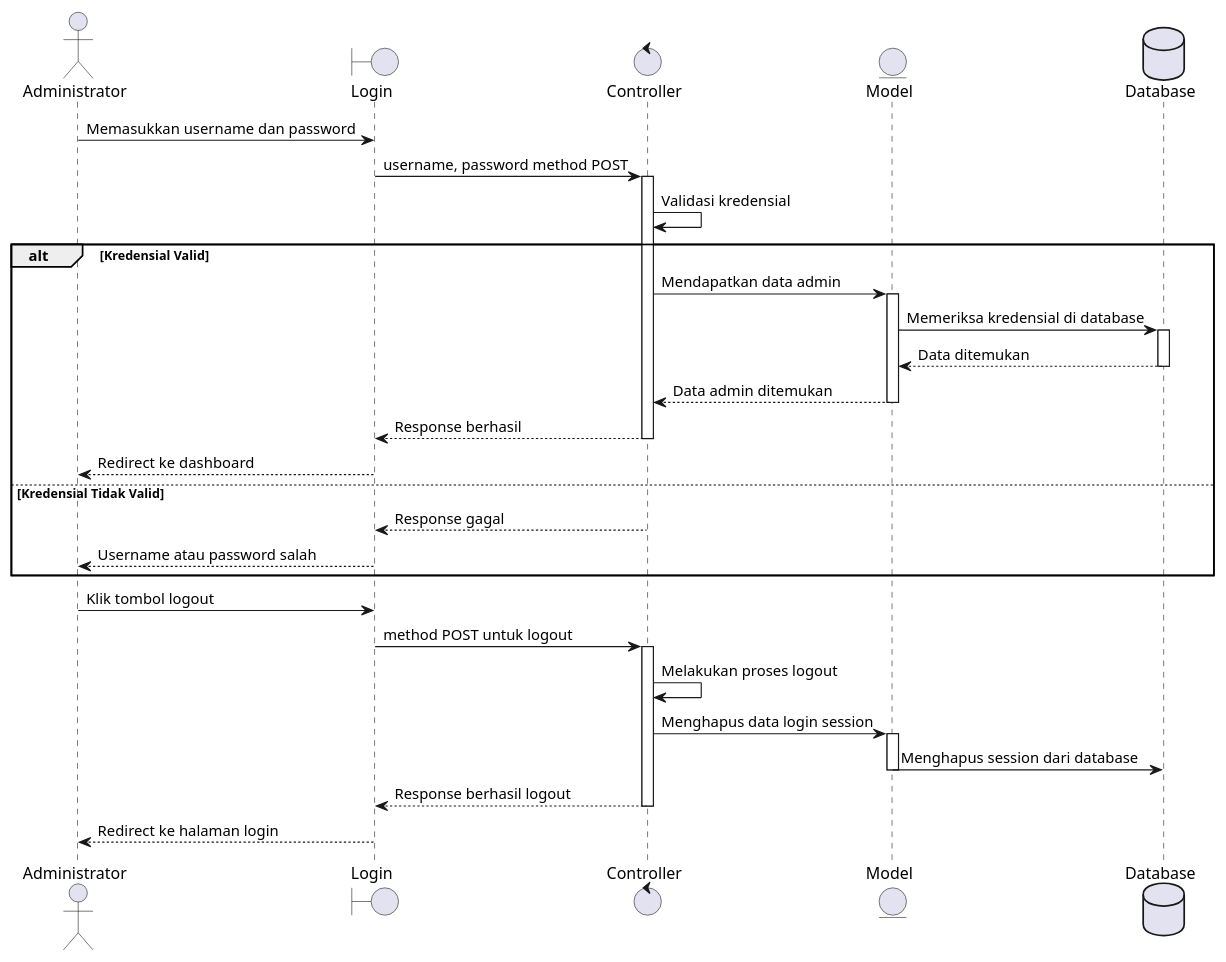
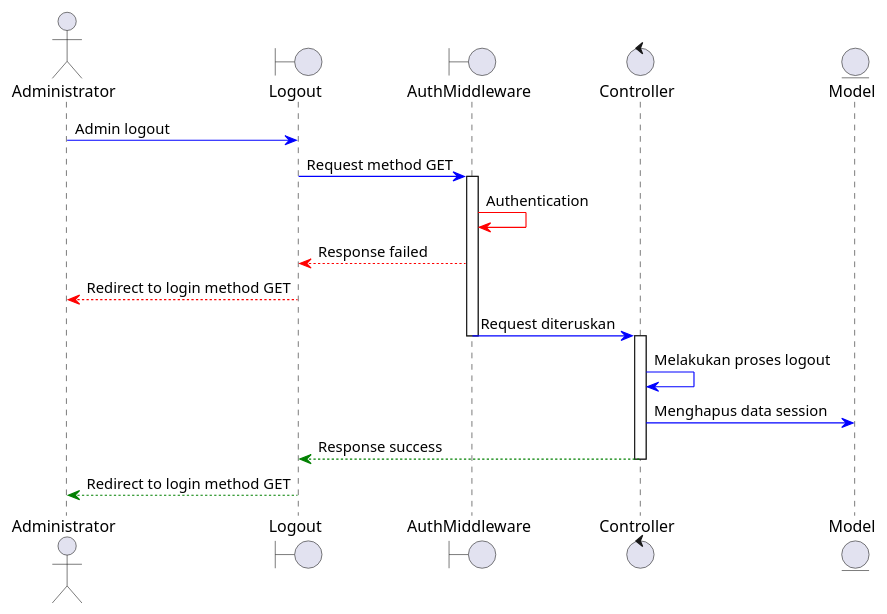
The diagram in Desain Aplikasi/Sequence Diagram/admin/logout.pu (MIRLANI/JDIH_App_11), drawn with PlantUML before and after one commit. The commit also changed 78 other files, not shown here.

```diff
--- a/Desain Aplikasi/Sequence Diagram/admin/logout.pu
+++ b/Desain Aplikasi/Sequence Diagram/admin/logout.pu
@@ -1,53 +1,25 @@
 @startuml
 
 actor Administrator as admin
-boundary "Login" as login
+boundary "Logout" as logout
+boundary "AuthMiddleware" as middleware
 control "Controller" as controller
 entity "Model" as model
-database "Database" as db
 
-admin -> login : Memasukkan username dan password
-
-login -> controller: username, password method POST
-
+admin -[#Blue]> logout : Admin logout
+logout -[#Blue]> middleware : Request method GET
+activate  middleware
+middleware -[#Red]> middleware : Authentication
+middleware --[#Red]> logout : Response failed
+logout --[#Red]> admin : Redirect to login method GET
+middleware -[#Blue]> controller : Request diteruskan
+deactivate middleware
 activate controller
-controller -> controller: Validasi kredensial
-
-alt Kredensial Valid
-    controller -> model: Mendapatkan data admin
-    activate model
-    model -> db: Memeriksa kredensial di database
-    activate db
-    db --> model: Data ditemukan
-    deactivate db
-    model --> controller: Data admin ditemukan
-    deactivate model
-    controller --> login: Response berhasil
-    deactivate controller
-    login --> admin: Redirect ke dashboard
-    
-else Kredensial Tidak Valid
-    controller --> login: Response gagal
-    deactivate controller
-    login --> admin: Username atau password salah
-end
-
-admin -> login : Klik tombol logout
-
-login -> controller: method POST untuk logout
-
-activate controller
-controller -> controller: Melakukan proses logout
-
-controller -> model: Menghapus data login session
-
-activate model
-model -> db: Menghapus session dari database
-deactivate model
-
-controller --> login: Response berhasil logout
+controller -[#Blue]> controller: Melakukan proses logout
+controller -[#Blue]> model: Menghapus data session
+controller --[#Green]> logout: Response success
 deactivate controller
 
-login --> admin: Redirect ke halaman login
+logout --[#Green]> admin: Redirect to login method GET
 
 @enduml
```
